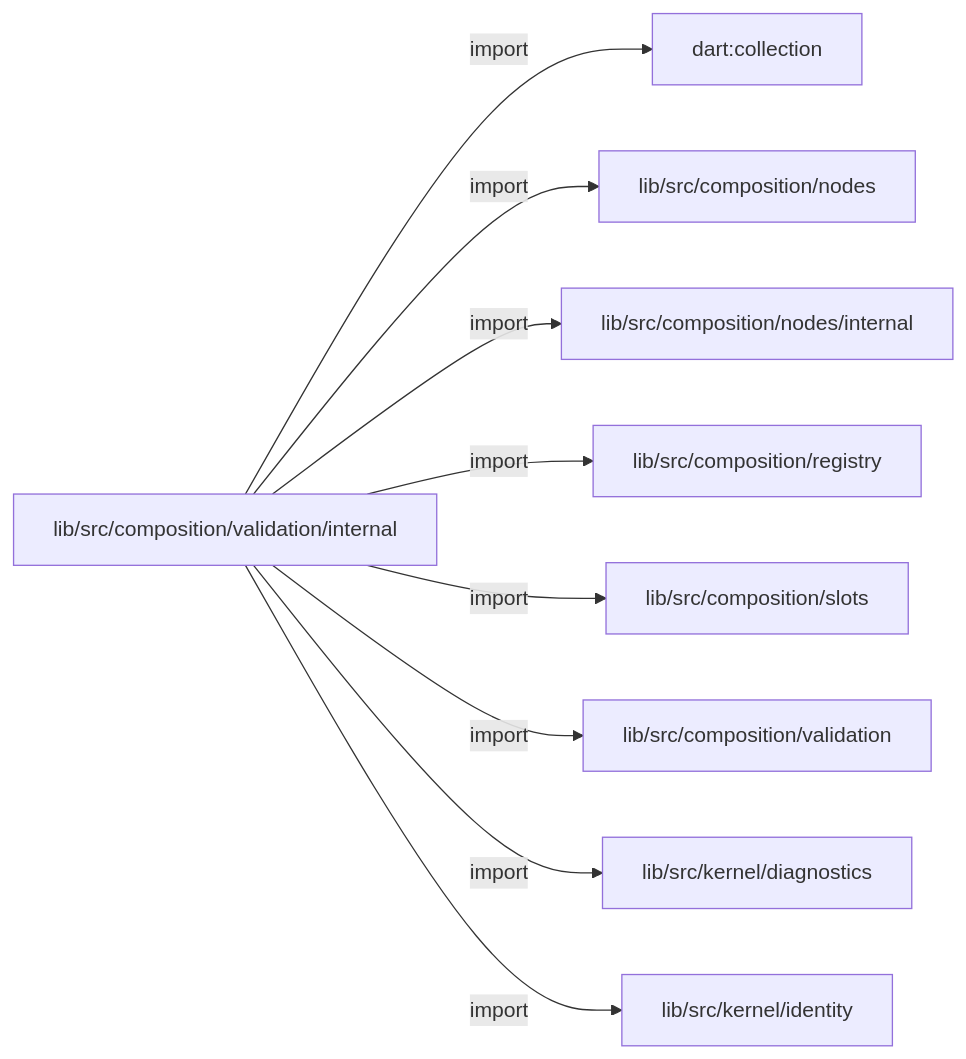
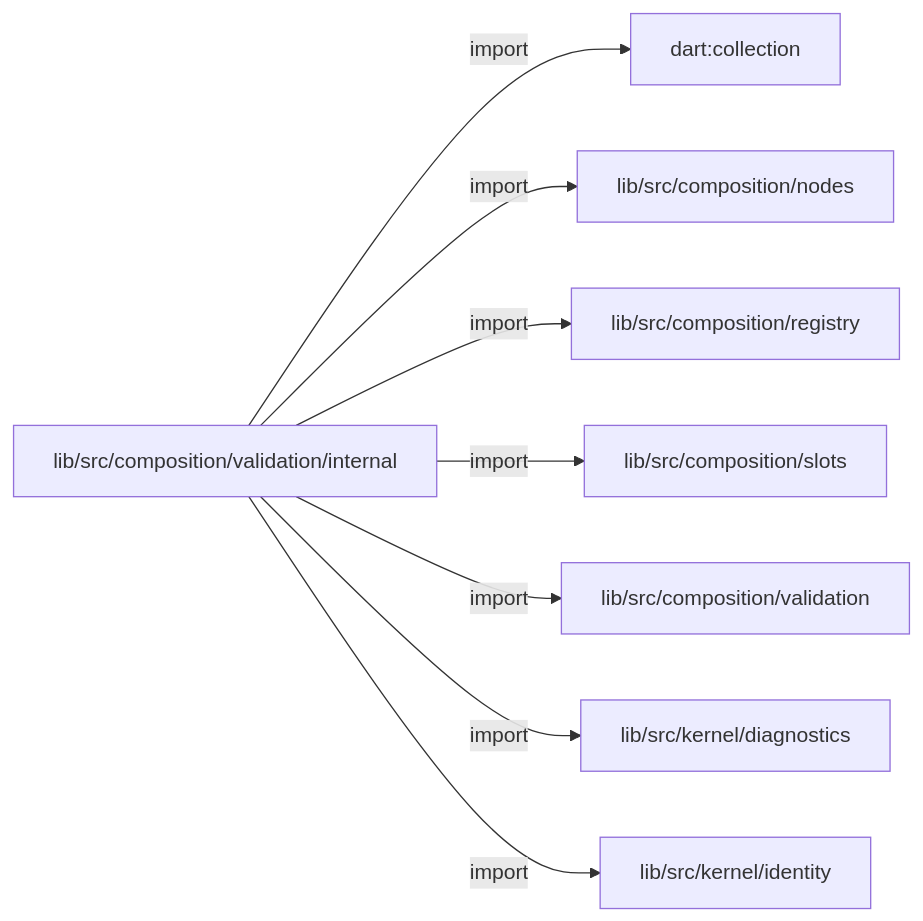
Before and after one commit to MiuDog/Kallopis: the first of 2 diagrams in docs/architecture/src/composition/validation/internal/README.md, drawn with Mermaid. The commit also changed other lines of this file and 9688 other files, not shown here.

Commit message:
Prepare isolated Flow F2 peer baseline

````diff
--- a/docs/architecture/src/composition/validation/internal/README.md
+++ b/docs/architecture/src/composition/validation/internal/README.md
@@ -13,20 +13,18 @@
 ```mermaid
 flowchart LR
 	n0["lib/src/composition/validation/internal"]
 	n1["dart:collection"]
 	n2["lib/src/composition/nodes"]
-	n3["lib/src/composition/nodes/internal"]
-	n4["lib/src/composition/registry"]
-	n5["lib/src/composition/slots"]
-	n6["lib/src/composition/validation"]
-	n7["lib/src/kernel/diagnostics"]
-	n8["lib/src/kernel/identity"]
+	n3["lib/src/composition/registry"]
+	n4["lib/src/composition/slots"]
+	n5["lib/src/composition/validation"]
+	n6["lib/src/kernel/diagnostics"]
+	n7["lib/src/kernel/identity"]
 	n0 -->|"import"| n1
 	n0 -->|"import"| n2
 	n0 -->|"import"| n3
 	n0 -->|"import"| n4
 	n0 -->|"import"| n5
 	n0 -->|"import"| n6
 	n0 -->|"import"| n7
-	n0 -->|"import"| n8
 ```
````
